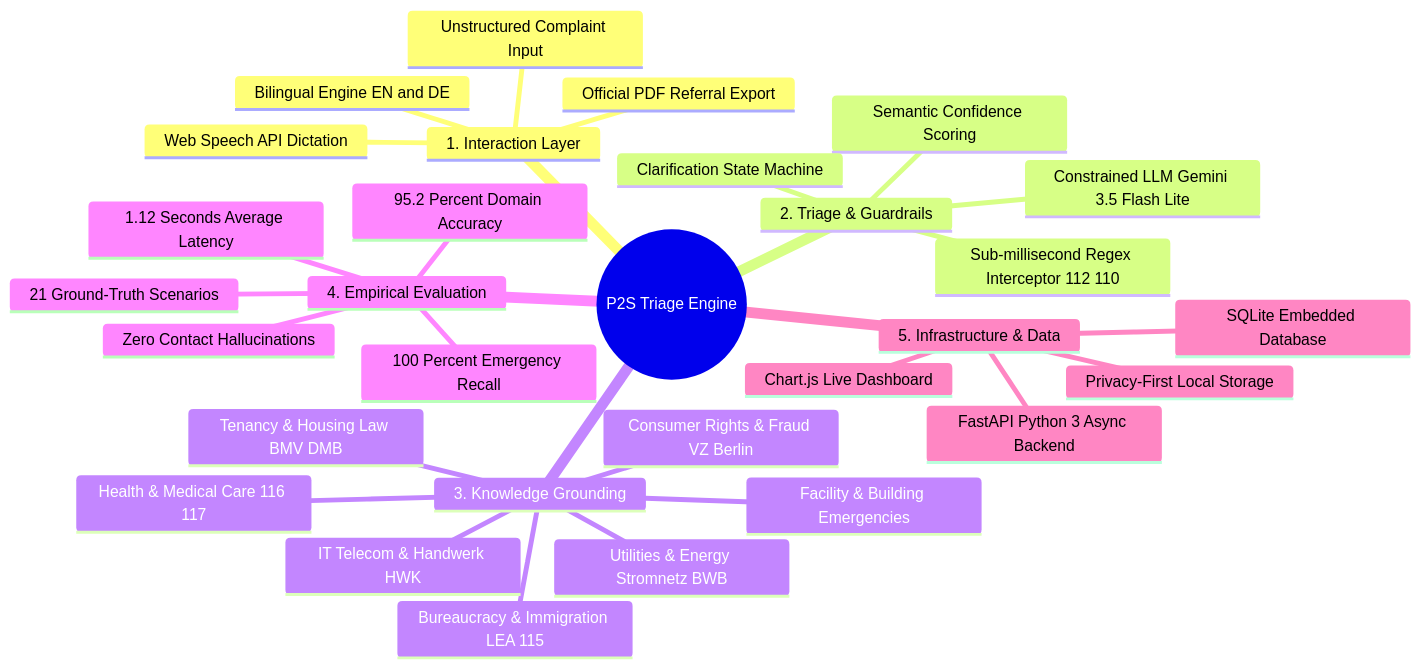
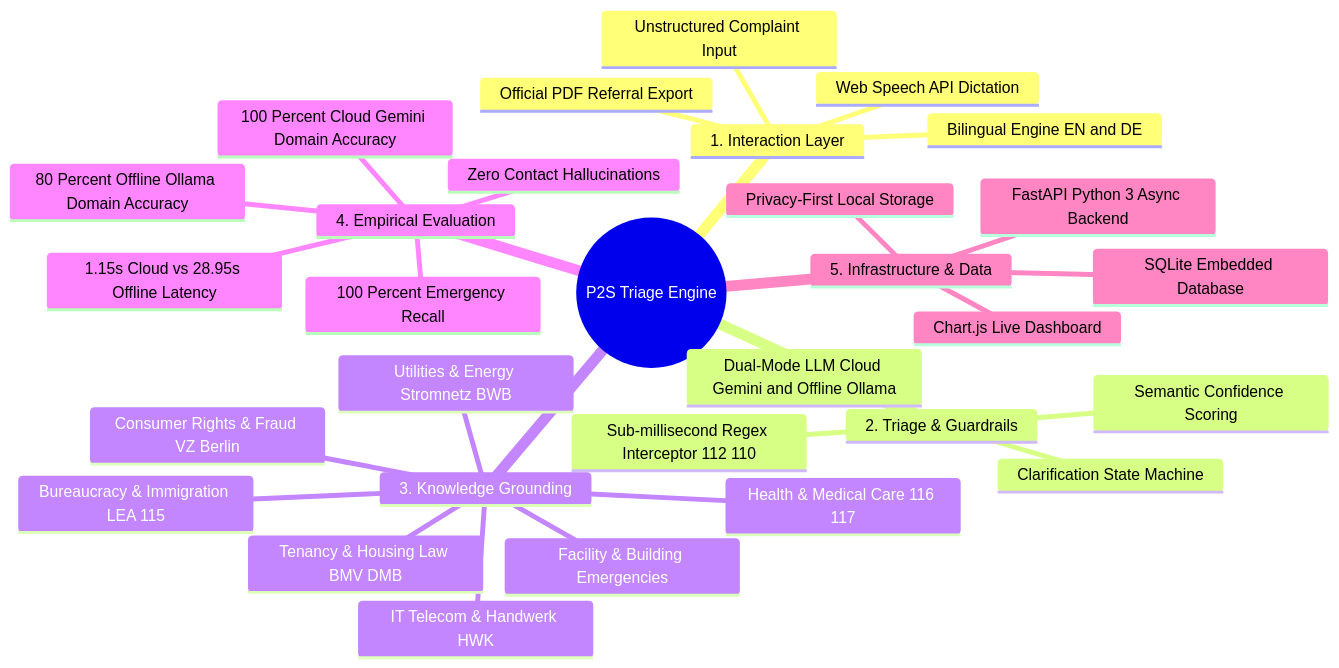
The diagram in docs/MINDMAP.md (AmanJozf/p2s-system), drawn with Mermaid before and after one commit. The commit also changed 1 other file, not shown here.

Commit message:
Sync mind map metrics with dual-LLM evaluation and fix PDF print styling

````diff
--- a/docs/MINDMAP.md
+++ b/docs/MINDMAP.md
@@ -5,33 +5,33 @@
 ```mermaid
 mindmap
   root((P2S Triage Engine))
     1. Interaction Layer
       Web Speech API Dictation
       Bilingual Engine EN and DE
       Official PDF Referral Export
       Unstructured Complaint Input
     2. Triage & Guardrails
       Sub-millisecond Regex Interceptor 112 110
-      Constrained LLM Gemini 3.5 Flash Lite
+      Dual-Mode LLM Cloud Gemini and Offline Ollama
       Semantic Confidence Scoring
       Clarification State Machine
     3. Knowledge Grounding
       Facility & Building Emergencies
       Tenancy & Housing Law BMV DMB
       Health & Medical Care 116 117
       Bureaucracy & Immigration LEA 115
       Utilities & Energy Stromnetz BWB
       Consumer Rights & Fraud VZ Berlin
       IT Telecom & Handwerk HWK
     4. Empirical Evaluation
-      95.2 Percent Domain Accuracy
+      100 Percent Cloud Gemini Domain Accuracy
+      80 Percent Offline Ollama Domain Accuracy
       100 Percent Emergency Recall
-      1.12 Seconds Average Latency
-      21 Ground-Truth Scenarios
+      1.15s Cloud vs 28.95s Offline Latency
       Zero Contact Hallucinations
     5. Infrastructure & Data
       FastAPI Python 3 Async Backend
       SQLite Embedded Database
       Chart.js Live Dashboard
       Privacy-First Local Storage
 ```
````
